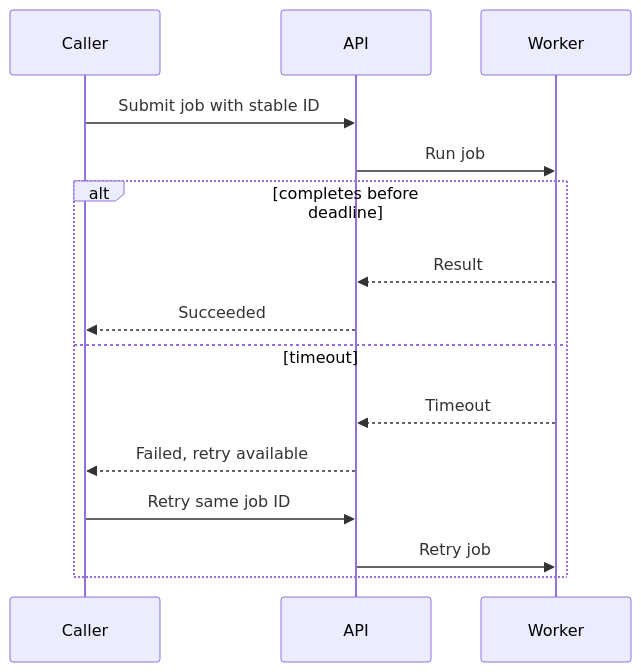
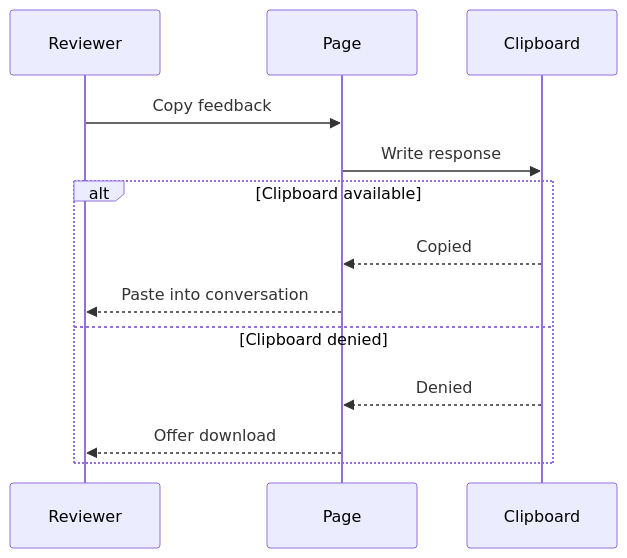
One commit to asabirov/mermaid-diagrams-skill changed the diagram in checks/sequence.mmd. Above: the diagram before and after it, drawn with Mermaid. The commit also changed 9 other files, not shown here.

Commit message:
Apply approved Mermaid review styling and presentation (#4)

```diff
--- a/checks/sequence.mmd
+++ b/checks/sequence.mmd
@@ -1,17 +1,15 @@
 sequenceDiagram
-  accTitle: Recovering a timed out job
-  accDescr: The worker reports a timeout. The caller retries with the same job identifier.
-  participant Caller
-  participant API
-  participant Worker
-  Caller->>API: Submit job with stable ID
-  API->>Worker: Run job
-  alt completes before deadline
-    Worker-->>API: Result
-    API-->>Caller: Succeeded
-  else timeout
-    Worker-->>API: Timeout
-    API-->>Caller: Failed, retry available
-    Caller->>API: Retry same job ID
-    API->>Worker: Retry job
-  end
+accTitle: Copying feedback with a recovery path
+accDescr: The reviewer asks the page to copy feedback. If clipboard access fails, the page offers a download. No direct agent submission occurs.
+participant Reviewer
+participant Page
+participant Clipboard
+Reviewer->>Page: Copy feedback
+Page->>Clipboard: Write response
+alt Clipboard available
+Clipboard-->>Page: Copied
+Page-->>Reviewer: Paste into conversation
+else Clipboard denied
+Clipboard-->>Page: Denied
+Page-->>Reviewer: Offer download
+end
```
